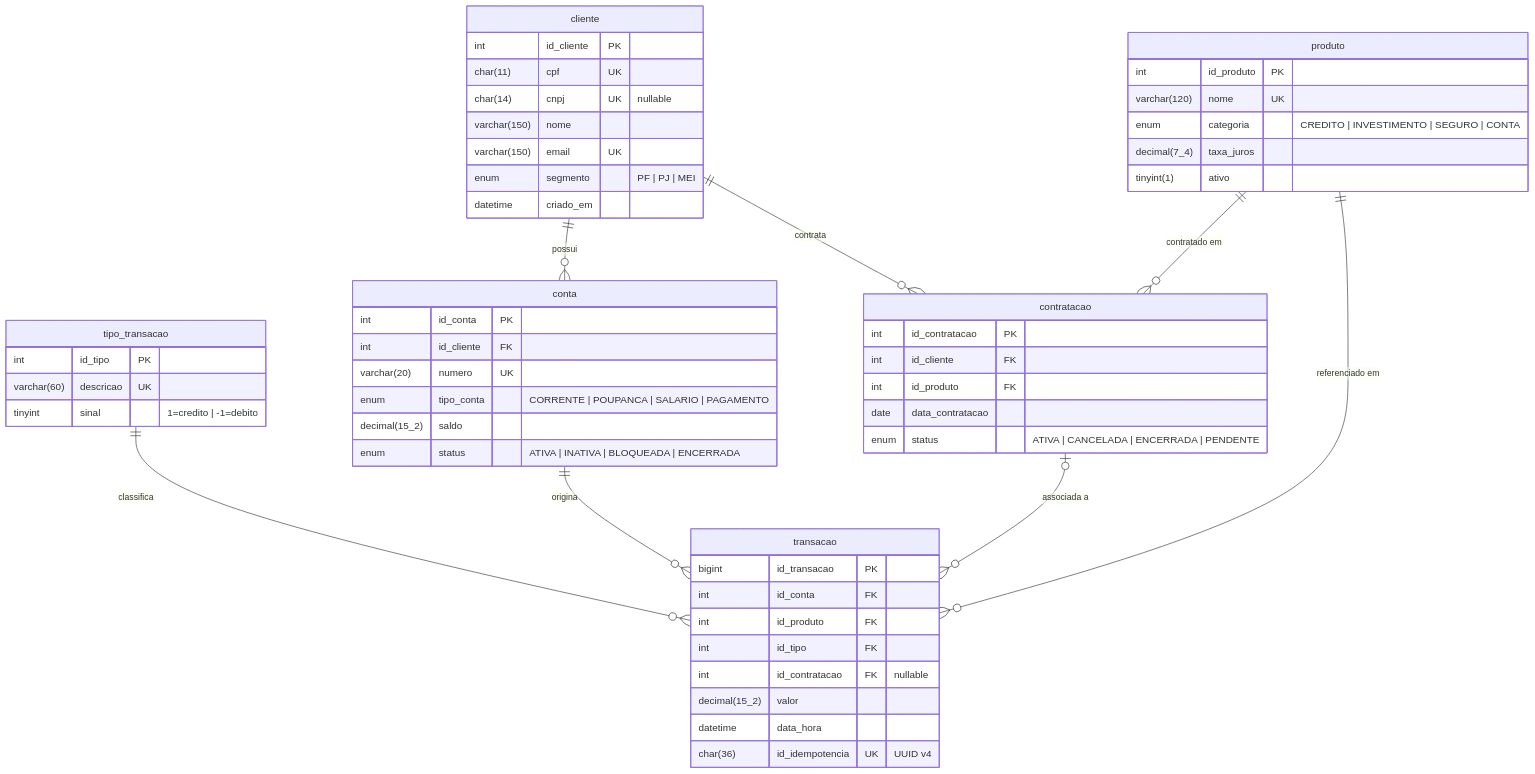
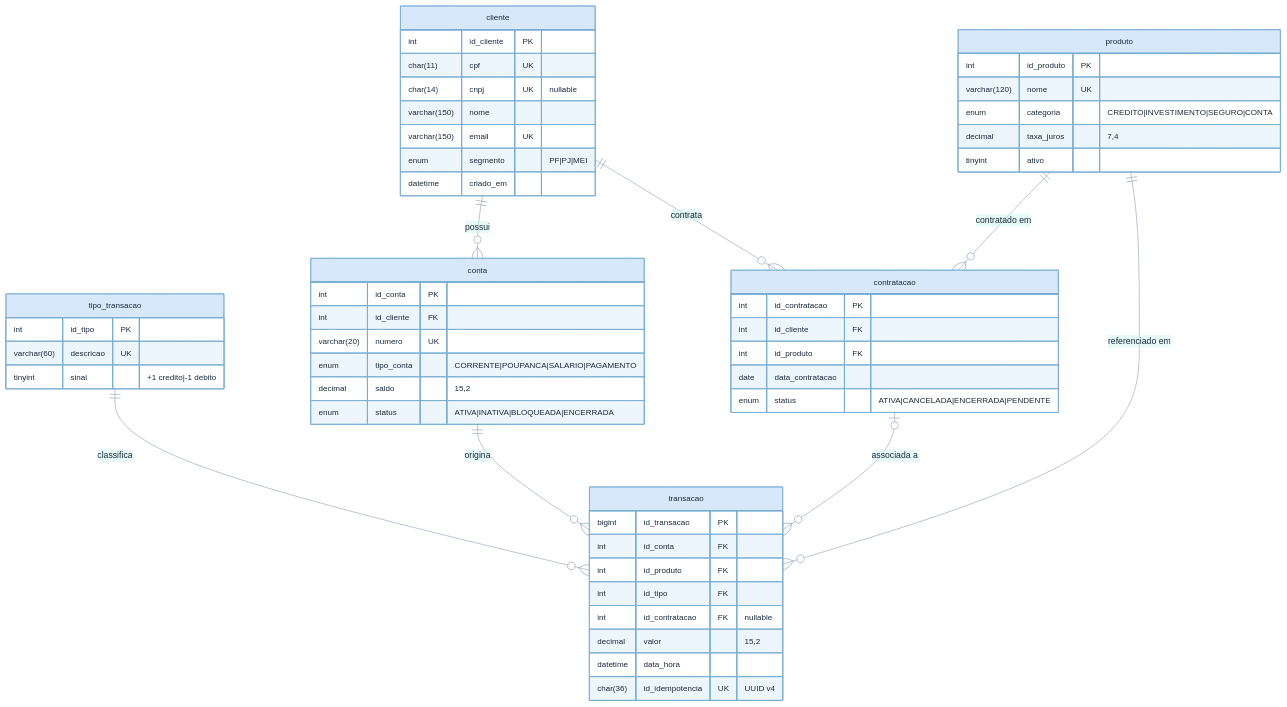
One commit to diegolirio/homework-db-concepts changed the diagram in README.md. Above: the diagram before and after it, drawn with Mermaid.

Commit message:
refine ER diagram with softer colors and cleaner Mermaid syntax

````diff
--- a/README.md
+++ b/README.md
@@ -1,62 +1,74 @@
 ```mermaid
+%%{init: {"theme": "base", "themeVariables": {
+  "primaryColor":        "#D6E8FA",
+  "primaryTextColor":    "#1a2b3c",
+  "primaryBorderColor":  "#7BAFD4",
+  "lineColor":           "#94A3B8",
+  "secondaryColor":      "#FDE8D0",
+  "tertiaryColor":       "#D1F5F0",
+  "edgeLabelBackground": "#F8FAFC",
+  "fontFamily":          "monospace",
+  "fontSize":            "13px"
+}}}%%
 erDiagram
+
     cliente {
-        int         id_cliente   PK
-        char(11)    cpf          UK
-        char(14)    cnpj         UK "nullable"
+        int         id_cliente    PK
+        char(11)    cpf           UK
+        char(14)    cnpj          UK "nullable"
         varchar(150) nome
-        varchar(150) email       UK
-        enum        segmento      "PF | PJ | MEI"
+        varchar(150) email        UK
+        enum        segmento      "PF|PJ|MEI"
         datetime    criado_em
     }
 
     produto {
-        int          id_produto  PK
-        varchar(120) nome        UK
-        enum         categoria   "CREDITO | INVESTIMENTO | SEGURO | CONTA"
-        decimal(7_4) taxa_juros
-        tinyint(1)   ativo
+        int         id_produto    PK
+        varchar(120) nome         UK
+        enum        categoria     "CREDITO|INVESTIMENTO|SEGURO|CONTA"
+        decimal     taxa_juros    "7,4"
+        tinyint     ativo
     }
 
     tipo_transacao {
-        int         id_tipo     PK
-        varchar(60) descricao   UK
-        tinyint     sinal       "1=credito | -1=debito"
+        int         id_tipo       PK
+        varchar(60) descricao     UK
+        tinyint     sinal         "+1 credito|-1 debito"
     }
 
     conta {
-        int          id_conta   PK
-        int          id_cliente FK
-        varchar(20)  numero     UK
-        enum         tipo_conta "CORRENTE | POUPANCA | SALARIO | PAGAMENTO"
-        decimal(15_2) saldo
-        enum         status     "ATIVA | INATIVA | BLOQUEADA | ENCERRADA"
+        int         id_conta      PK
+        int         id_cliente    FK
+        varchar(20) numero        UK
+        enum        tipo_conta    "CORRENTE|POUPANCA|SALARIO|PAGAMENTO"
+        decimal     saldo         "15,2"
+        enum        status        "ATIVA|INATIVA|BLOQUEADA|ENCERRADA"
     }
 
     contratacao {
-        int  id_contratacao  PK
-        int  id_cliente      FK
-        int  id_produto      FK
-        date data_contratacao
-        enum status          "ATIVA | CANCELADA | ENCERRADA | PENDENTE"
+        int         id_contratacao   PK
+        int         id_cliente       FK
+        int         id_produto       FK
+        date        data_contratacao
+        enum        status           "ATIVA|CANCELADA|ENCERRADA|PENDENTE"
     }
 
     transacao {
-        bigint       id_transacao    PK
-        int          id_conta        FK
-        int          id_produto      FK
-        int          id_tipo         FK
-        int          id_contratacao  FK "nullable"
-        decimal(15_2) valor
-        datetime     data_hora
-        char(36)     id_idempotencia UK "UUID v4"
+        bigint      id_transacao     PK
+        int         id_conta         FK
+        int         id_produto       FK
+        int         id_tipo          FK
+        int         id_contratacao   FK "nullable"
+        decimal     valor            "15,2"
+        datetime    data_hora
+        char(36)    id_idempotencia  UK "UUID v4"
     }
 
-    cliente      ||--o{ conta        : "possui"
-    cliente      ||--o{ contratacao  : "contrata"
-    produto      ||--o{ contratacao  : "contratado em"
-    produto      ||--o{ transacao    : "referenciado em"
-    conta        ||--o{ transacao    : "origina"
-    tipo_transacao ||--o{ transacao  : "classifica"
-    contratacao  |o--o{ transacao    : "associada a"
+    cliente      ||--o{ conta          : "possui"
+    cliente      ||--o{ contratacao    : "contrata"
+    produto      ||--o{ contratacao    : "contratado em"
+    produto      ||--o{ transacao      : "referenciado em"
+    conta        ||--o{ transacao      : "origina"
+    tipo_transacao ||--o{ transacao    : "classifica"
+    contratacao  |o--o{ transacao      : "associada a"
 ```
````
